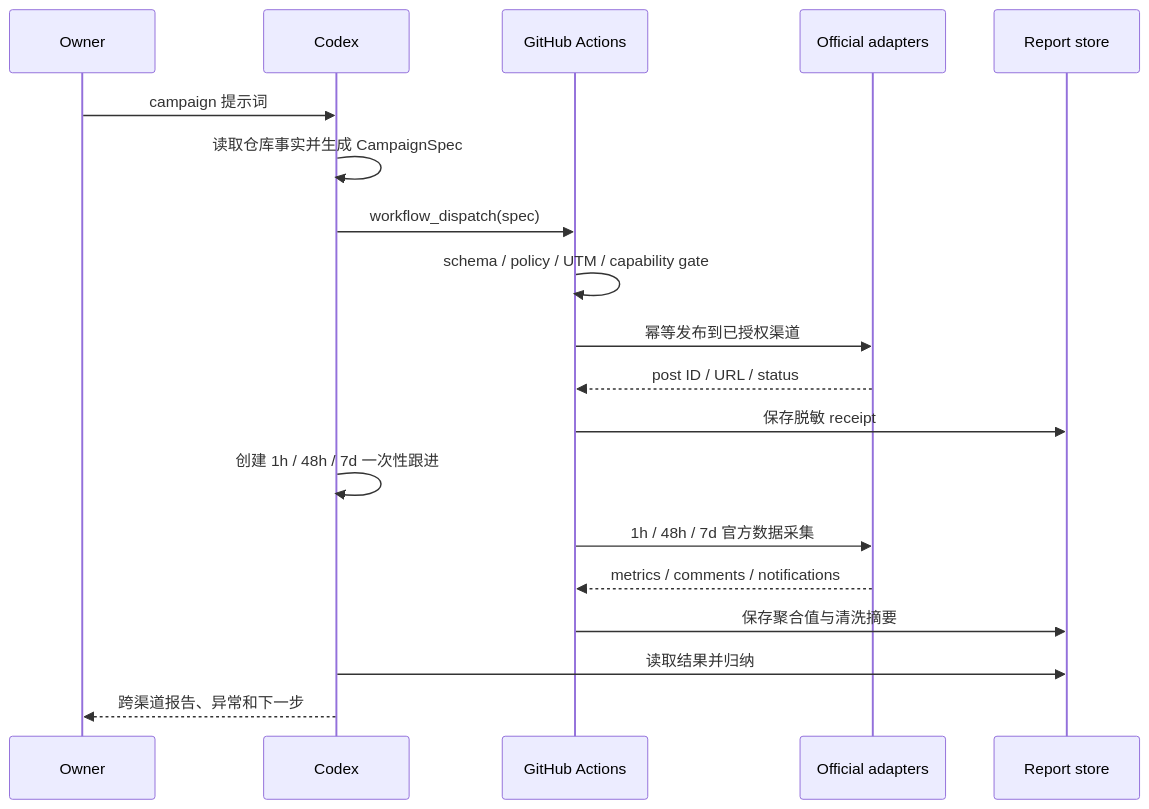
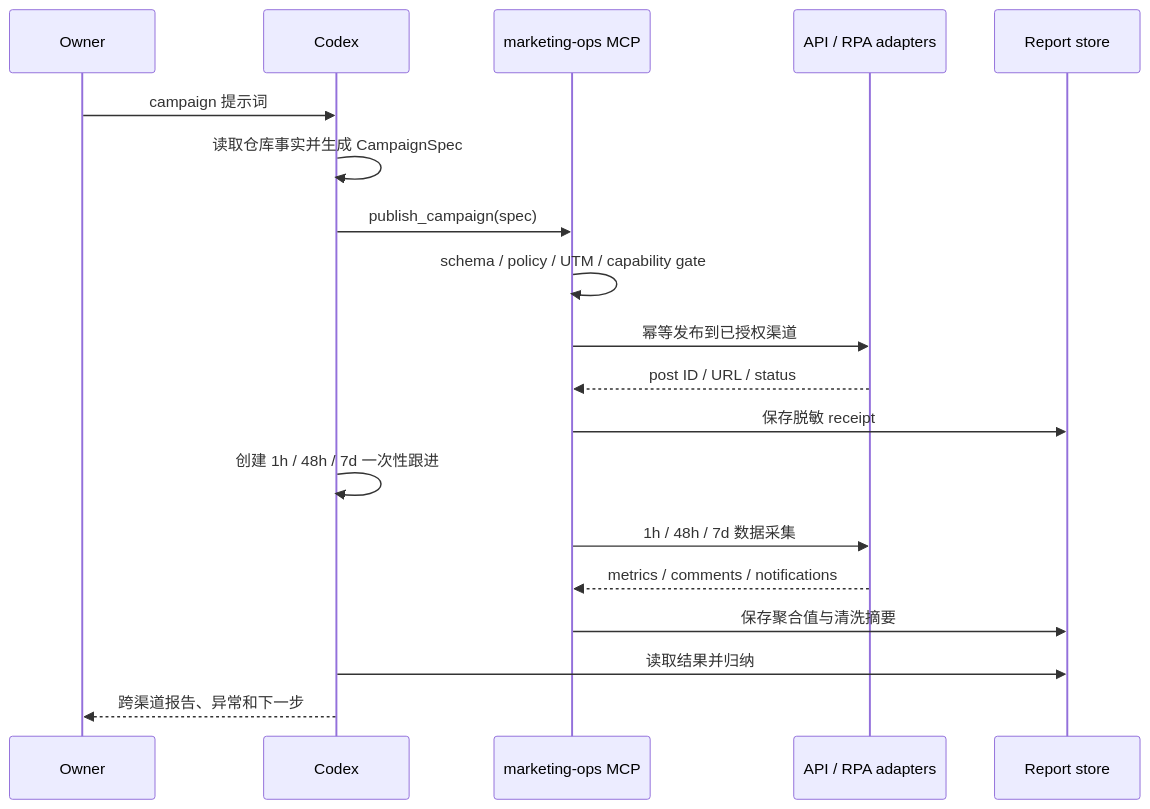
One commit to IllegalCreed/algorithms-visualization changed the diagram in docs/plans/20260711-c127-auto-distribution/design.md. Above: the diagram before and after it, drawn with Mermaid. The commit also changed other lines of this file and 22 other files, not shown here.

````diff
--- a/docs/plans/20260711-c127-auto-distribution/design.md
+++ b/docs/plans/20260711-c127-auto-distribution/design.md
@@ -28,22 +28,22 @@
 ```mermaid
 sequenceDiagram
   participant O as Owner
   participant C as Codex
-  participant W as GitHub Actions
-  participant A as Official adapters
+  participant M as marketing-ops MCP
+  participant A as API / RPA adapters
   participant R as Report store
 
   O->>C: campaign 提示词
   C->>C: 读取仓库事实并生成 CampaignSpec
-  C->>W: workflow_dispatch(spec)
-  W->>W: schema / policy / UTM / capability gate
-  W->>A: 幂等发布到已授权渠道
-  A-->>W: post ID / URL / status
-  W->>R: 保存脱敏 receipt
+  C->>M: publish_campaign(spec)
+  M->>M: schema / policy / UTM / capability gate
+  M->>A: 幂等发布到已授权渠道
+  A-->>M: post ID / URL / status
+  M->>R: 保存脱敏 receipt
   C->>C: 创建 1h / 48h / 7d 一次性跟进
-  W->>A: 1h / 48h / 7d 官方数据采集
-  A-->>W: metrics / comments / notifications
-  W->>R: 保存聚合值与清洗摘要
+  M->>A: 1h / 48h / 7d 数据采集
+  A-->>M: metrics / comments / notifications
+  M->>R: 保存聚合值与清洗摘要
   C->>R: 读取结果并归纳
   C-->>O: 跨渠道报告、异常和下一步
 ```
````
